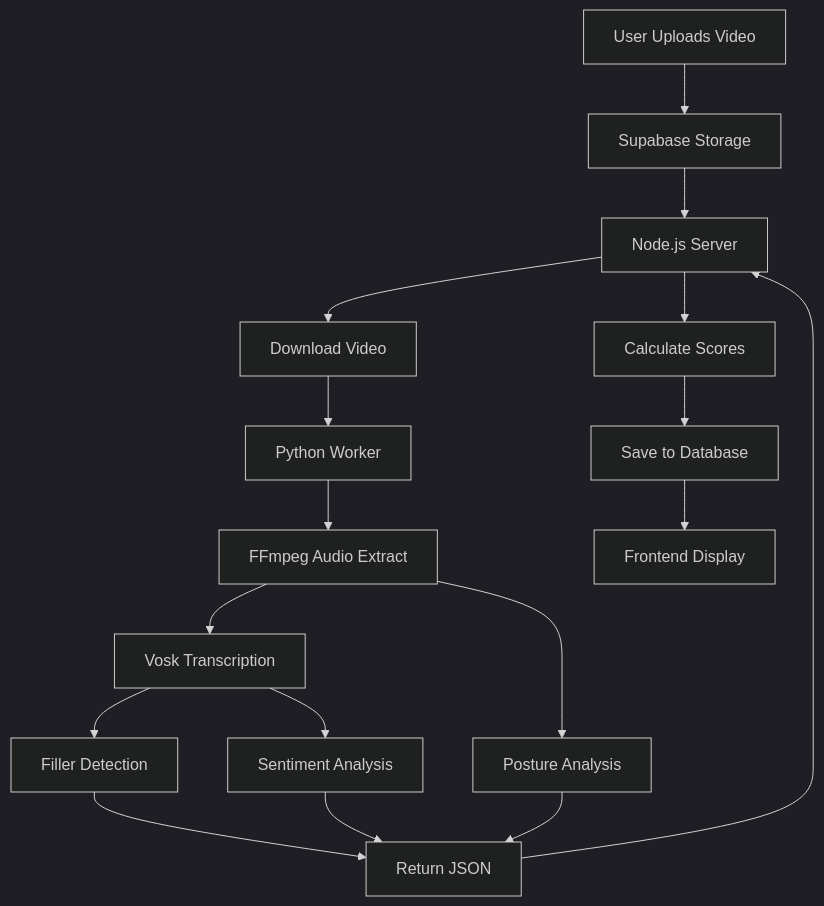
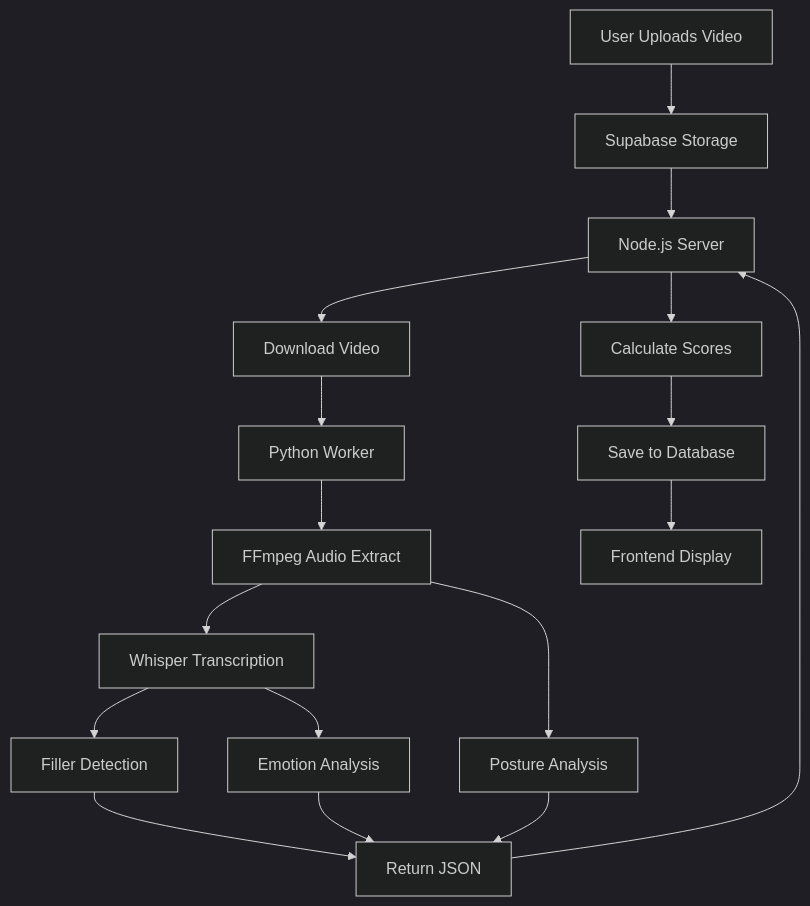
Before and after one commit to yashmagar01/The-Future-You: the diagram in TECHNICAL_DOCUMENTATION.md, drawn with Mermaid (dark theme). The commit also changed other lines of this file and 3 other files, not shown here.

Commit message:
feat: Implement faster-whisper audio processing worker with emotion and posture analysis, and update technical documentation to reflect these changes.

````diff
--- a/TECHNICAL_DOCUMENTATION.md
+++ b/TECHNICAL_DOCUMENTATION.md
@@ -52,17 +53,17 @@
 ```mermaid
 graph TD
     A[User Uploads Video] --> B[Supabase Storage]
     B --> C[Node.js Server]
     C --> D[Download Video]
     D --> E[Python Worker]
     E --> F[FFmpeg Audio Extract]
-    F --> G[Vosk Transcription]
+    F --> G[Whisper Transcription]
     G --> H[Filler Detection]
-    G --> I[Sentiment Analysis]
+    G --> I[Emotion Analysis]
     F --> J[Posture Analysis]
     H & I & J --> K[Return JSON]
     K --> C
     C --> L[Calculate Scores]
     L --> M[Save to Database]
     M --> N[Frontend Display]
 ```
````
